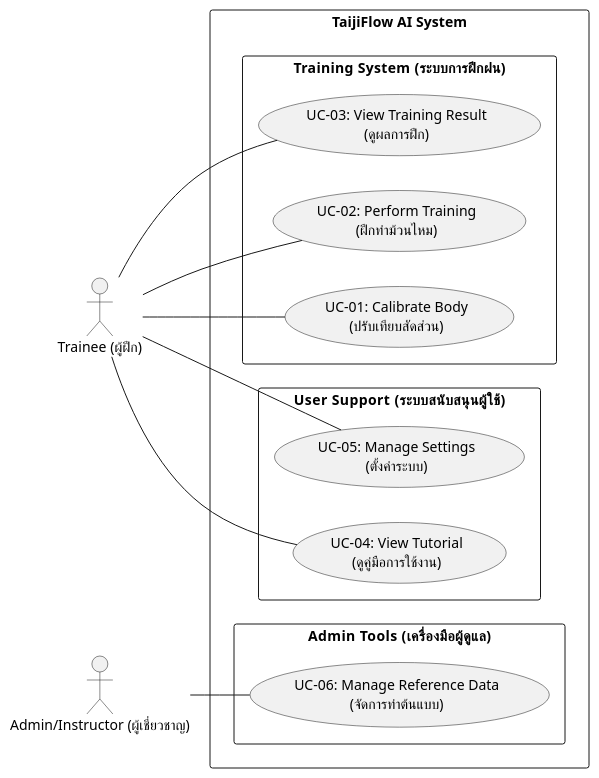
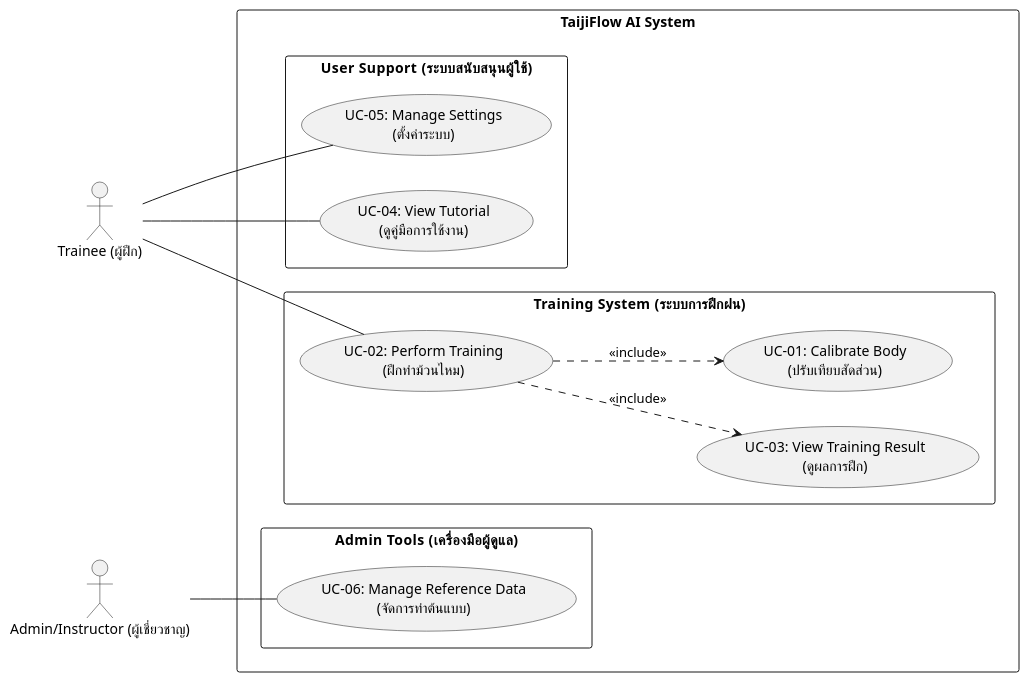
One commit to vyut/TaijiFlow changed the diagram in docs/diagrams/UseCaseDiagram.wsd. Above: the diagram before and after it, drawn with PlantUML. The commit also changed 19 other files, not shown here.

Commit message:
Major Update: Testing, documents and diagrams

```diff
--- a/docs/diagrams/UseCaseDiagram.wsd
+++ b/docs/diagrams/UseCaseDiagram.wsd
@@ -1,38 +1,46 @@
 @startuml TaijiFlow_UseCase_Diagram
 left to right direction
 skinparam packageStyle rectangle
 skinparam backgroundColor transparent
 
 ' 2. ตั้งค่า Font ภาษาไทย (เลือก Font ที่รองรับ Unicode)
 ' หากรันในเครื่องตัวเอง ให้เปลี่ยนเป็นชื่อ Font ที่มีในเครื่อง เช่น "Sarabun", "Tahoma"
 skinparam defaultFontName "Sarabun"
 
 actor "Trainee (ผู้ฝึก)" as trainee
 actor "Admin/Instructor (ผู้เชี่ยวชาญ)" as admin
 
 package "TaijiFlow AI System" {
     package "Admin Tools (เครื่องมือผู้ดูแล)" {
         usecase "UC-06: Manage Reference Data\n(จัดการท่าต้นแบบ)" as UC06
     }
 
     package "User Support (ระบบสนับสนุนผู้ใช้)" {
         usecase "UC-05: Manage Settings\n(ตั้งค่าระบบ)" as UC05
         usecase "UC-04: View Tutorial\n(ดูคู่มือการใช้งาน)" as UC04
     }
 
     package "Training System (ระบบการฝึกฝน)" {
         usecase "UC-03: View Training Result\n(ดูผลการฝึก)" as UC03
         usecase "UC-02: Perform Training\n(ฝึกท่าม้วนไหม)" as UC02
         usecase "UC-01: Calibrate Body\n(ปรับเทียบสัดส่วน)" as UC01
     }
 }
 
-' Relationships
-trainee -- UC01
+' Actor Relationships
 trainee -- UC02
-trainee -- UC03
 trainee -- UC04
 trainee -- UC05
 
 admin -- UC06
+
+' Include Relationships
+UC02 ..> UC01 : <<include>>
+UC02 ..> UC03 : <<include>>
+
+' note right of UC02
+'   UC-02 includes:
+'   - UC-01 ก่อนเริ่มฝึก (Calibration)
+'   - UC-03 หลังจบการฝึก (View Result)
+' end note
 @enduml
```
